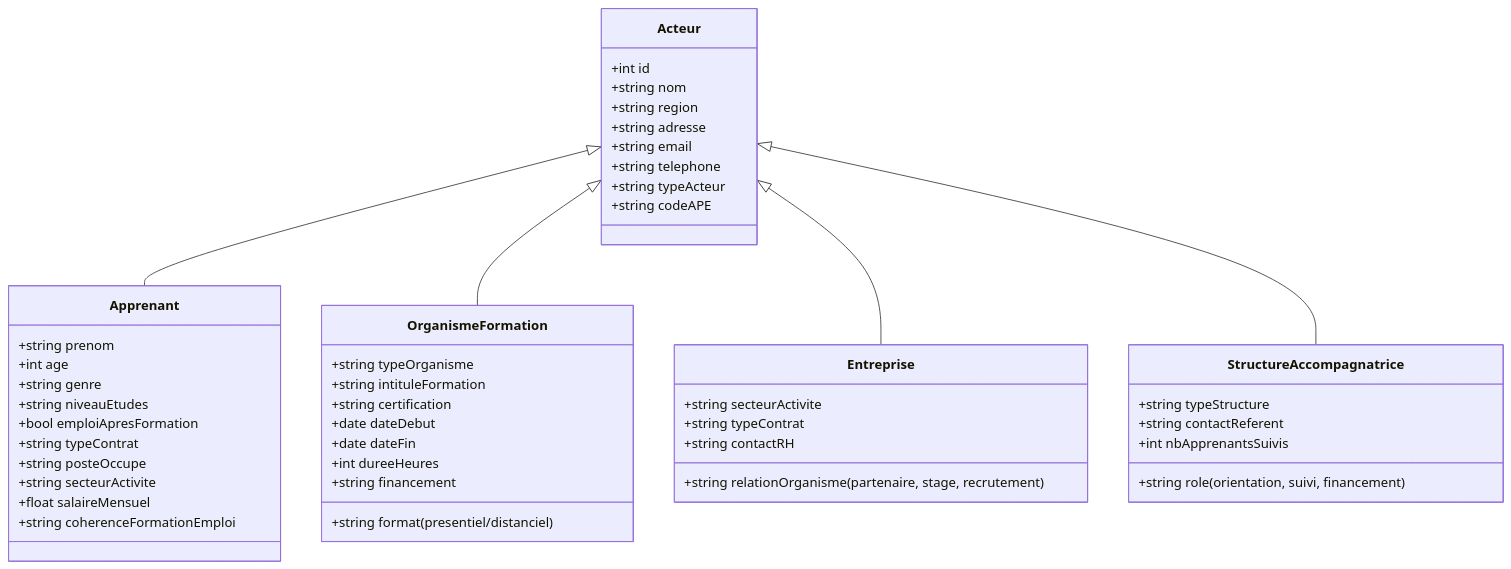
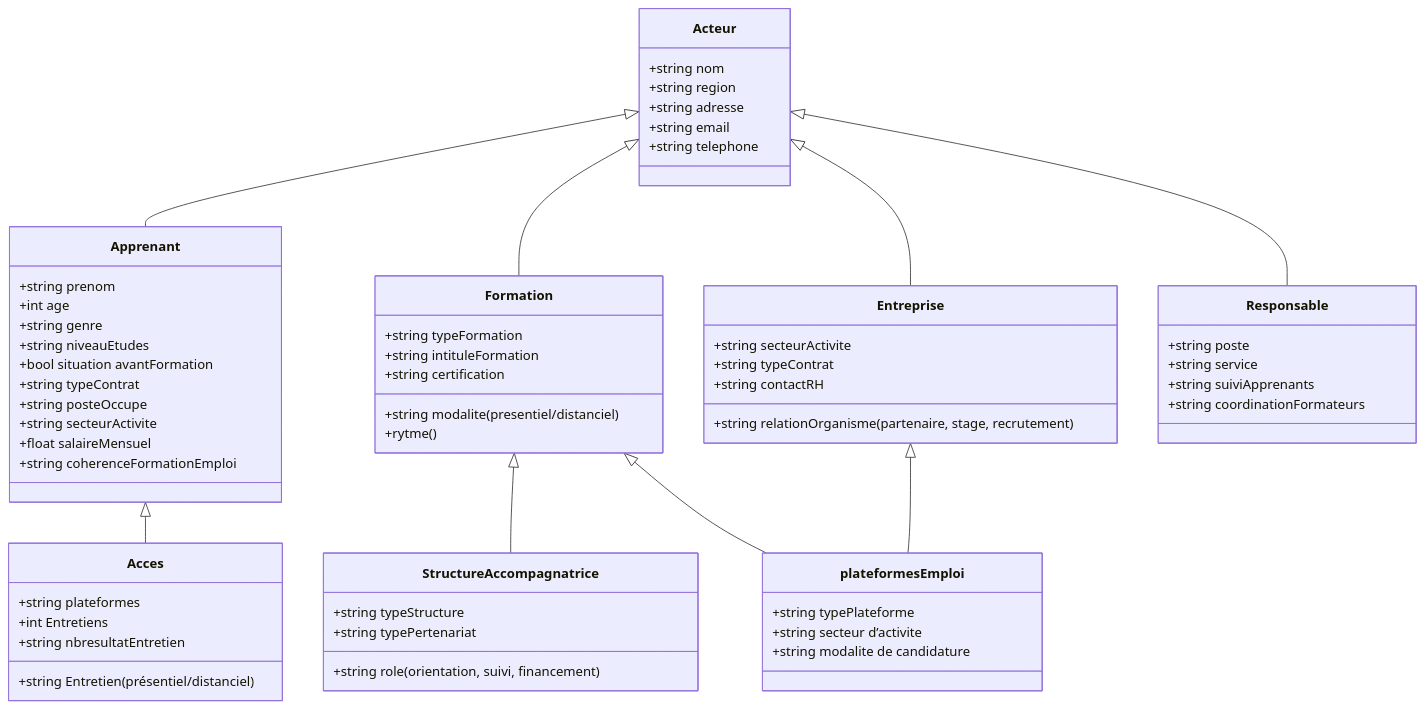
The diagram in acteursaissetoukanoute.md (bouzidifatimazohra00-ux/inclusion-numerique-93), drawn with Mermaid before and after one commit.

````diff
--- a/acteursaissetoukanoute.md
+++ b/acteursaissetoukanoute.md
@@ -1,53 +1,93 @@
 ```mermaid
 classDiagram
+    %% Héritage
     Acteur <|-- Apprenant
-    Acteur <|-- OrganismeFormation
+    Acteur <|-- Formation
     Acteur <|-- Entreprise
-    Acteur <|-- StructureAccompagnatrice
-    Acteur : +int id
-    Acteur : +string nom
-    Acteur : +string region
-    Acteur : +string adresse
-    Acteur : +string email
-    Acteur : +string telephone
-    Acteur : +string typeActeur
-    Acteur : +string codeAPE
+    Acteur <|-- Responsable
+    Apprenant <|-- Acces 
+    Formation<|--StructureAccompagnatrice
+    Entreprise<|--plateformesEmploi
+    Formation<|--plateformesEmploi
+     %% Classe mère Acteur
+    class Acteur {
+        +string nom
+        +string region
+        +string adresse
+        +string email
+        +string telephone
 
-class Apprenant {
-  +string prenom
-  +int age
-  +string genre
-  +string niveauEtudes
-  +bool emploiApresFormation
-  +string typeContrat
-  +string posteOccupe
-  +string secteurActivite
-  +float salaireMensuel
-  +string coherenceFormationEmploi
-}
+    }
 
-class OrganismeFormation {
-  +string typeOrganisme
-  +string intituleFormation
-  +string certification
-  +date dateDebut
-  +date dateFin
-  +int dureeHeures
-  +string financement
-  +string format (presentiel/distanciel)
-}
 
-class Entreprise {
-  +string secteurActivite
-  +string typeContrat
-  +string relationOrganisme (partenaire, stage, recrutement)
-  +string contactRH
-}
+    %% Classe Apprenant
+    class Apprenant {
+        +string prenom
+        +int age
+        +string genre
+        +string niveauEtudes
+        +bool situation avantFormation
+        +string typeContrat
+        +string posteOccupe
+        +string secteurActivite
+        +float salaireMensuel
+        +string coherenceFormationEmploi
 
-class StructureAccompagnatrice {
-  +string typeStructure
-  +string contactReferent
-  +int nbApprenantsSuivis
-  +string role (orientation, suivi, financement)
-}
+    }
+      %% Nouvelle Classe Acces
+    class Acces{
+        +string plateformes
+        +int Entretiens
+        +string Entretien (présentiel/distanciel)
+        +string nbresultatEntretien}
+            
+    
+
+    %% Classe Formation
+    class Formation {
+     +string typeFormation
+        +string intituleFormation
+        +string certification
+        +string modalite (presentiel/distanciel)
+        +rytme ()
+    }
+ 
+    
+
+    %% Classe Entreprise
+    class Entreprise {
+        +string secteurActivite
+        +string typeContrat
+        +string relationOrganisme (partenaire, stage, recrutement)
+        +string contactRH
+    }
+         
+  
+
+     
+
+    %% Classe Responsable
+    class Responsable {
+        +string poste
+        +string service
+        +string suiviApprenants
+        +string coordinationFormateurs
+    }
+  
+    %% Nouvelle Classe StructureAccompagnatrice
+    class StructureAccompagnatrice  {
+        +string typeStructure
+        +string typePertenariat
+        +string role (orientation, suivi, financement)
+
+    }
+
+    %% Nouvelle Classe plateformesEmploi
+    class plateformesEmploi {
+        +string typePlateforme
+        +string secteur d’activite 
+        +string modalite de candidature 
+
+    }
+
 ```
````
